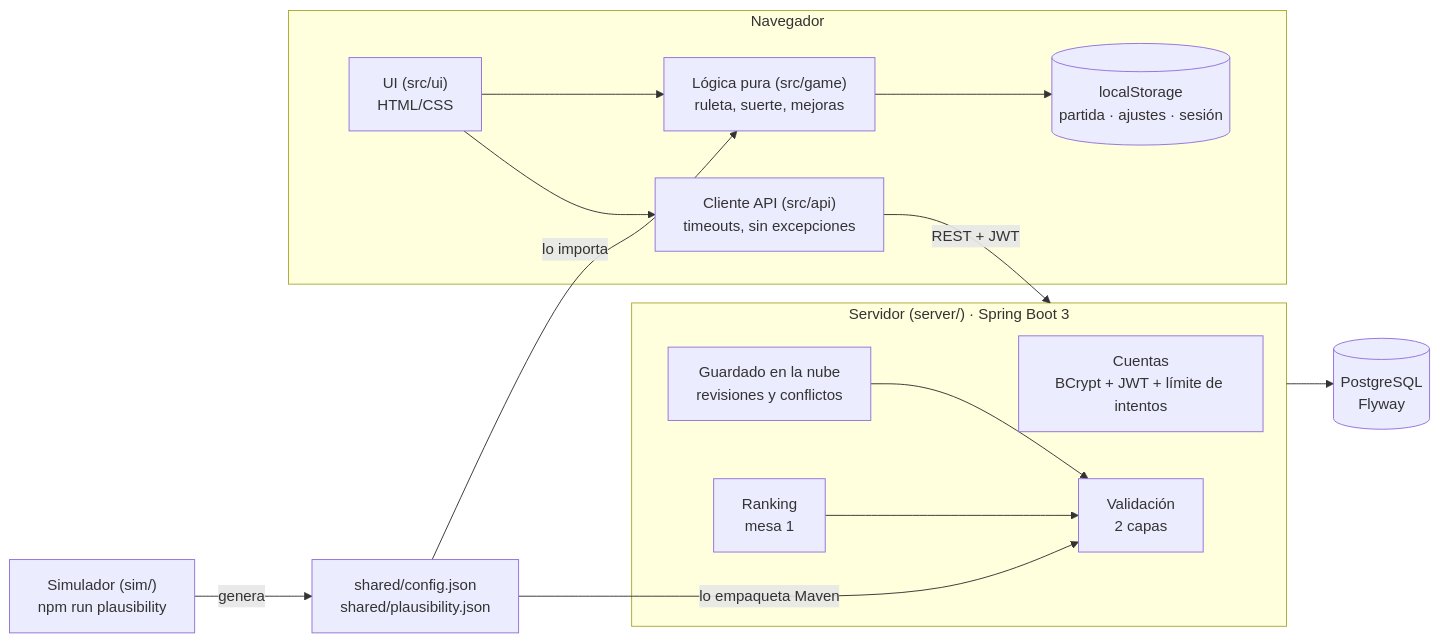
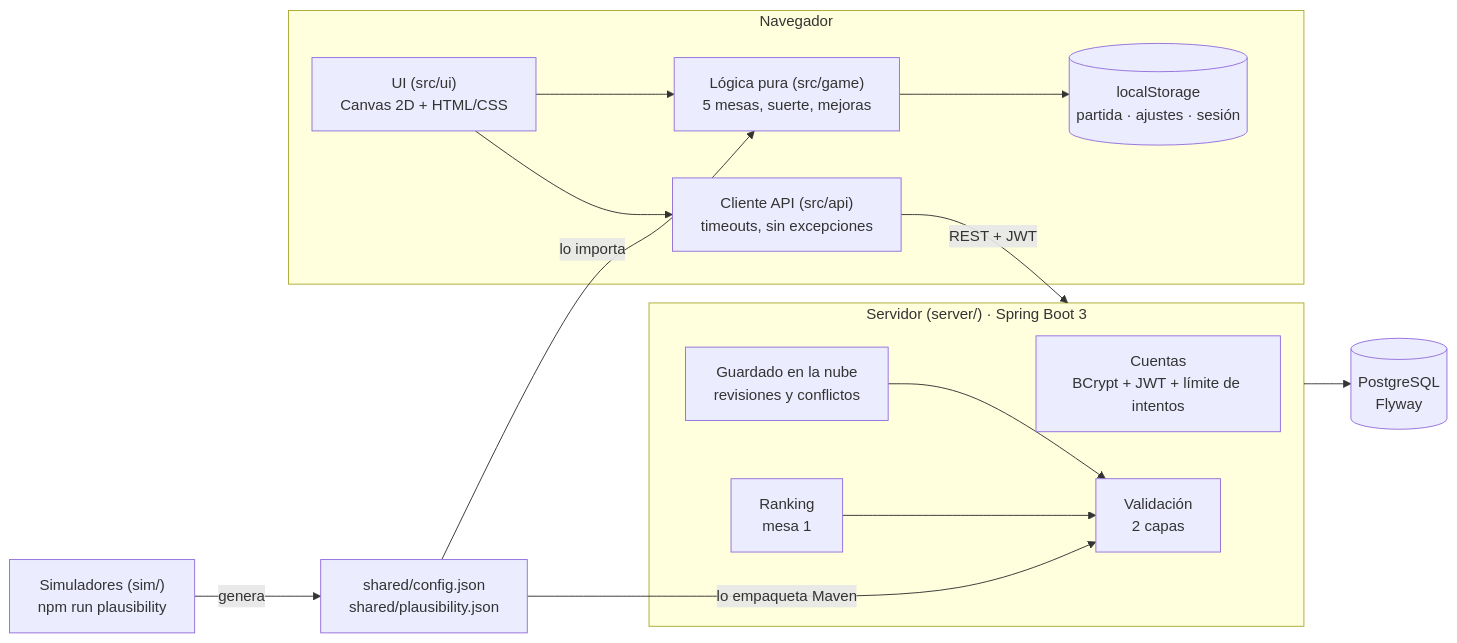
The diagram in README.md (josemerchan712/rottend-odds), drawn with Mermaid before and after one commit. The commit also changed other lines of this file and 2 other files, not shown here.

````diff
--- a/README.md
+++ b/README.md
@@ -14,24 +22,24 @@
 ```mermaid
 flowchart LR
   subgraph Navegador
-    UI["UI (src/ui)<br/>HTML/CSS"] --> Logic["Lógica pura (src/game)<br/>ruleta, suerte, mejoras"]
+    UI["UI (src/ui)<br/>Canvas 2D + HTML/CSS"] --> Logic["Lógica pura (src/game)<br/>5 mesas, suerte, mejoras"]
     UI --> Client["Cliente API (src/api)<br/>timeouts, sin excepciones"]
     Logic --> LS[("localStorage<br/>partida · ajustes · sesión")]
   end
 
   Client -- "REST + JWT" --> Server
   subgraph Server["Servidor (server/) · Spring Boot 3"]
     Auth["Cuentas<br/>BCrypt + JWT + límite de intentos"]
     Save["Guardado en la nube<br/>revisiones y conflictos"]
     Rank["Ranking<br/>mesa 1"]
     Val["Validación<br/>2 capas"]
     Save --> Val
     Rank --> Val
   end
   Server --> DB[("PostgreSQL<br/>Flyway")]
 
   Shared["shared/config.json<br/>shared/plausibility.json"]
-  Sim["Simulador (sim/)<br/>npm run plausibility"] -- genera --> Shared
+  Sim["Simuladores (sim/)<br/>npm run plausibility"] -- genera --> Shared
   Shared -- "lo importa" --> Logic
   Shared -- "lo empaqueta Maven" --> Val
 ```
````
